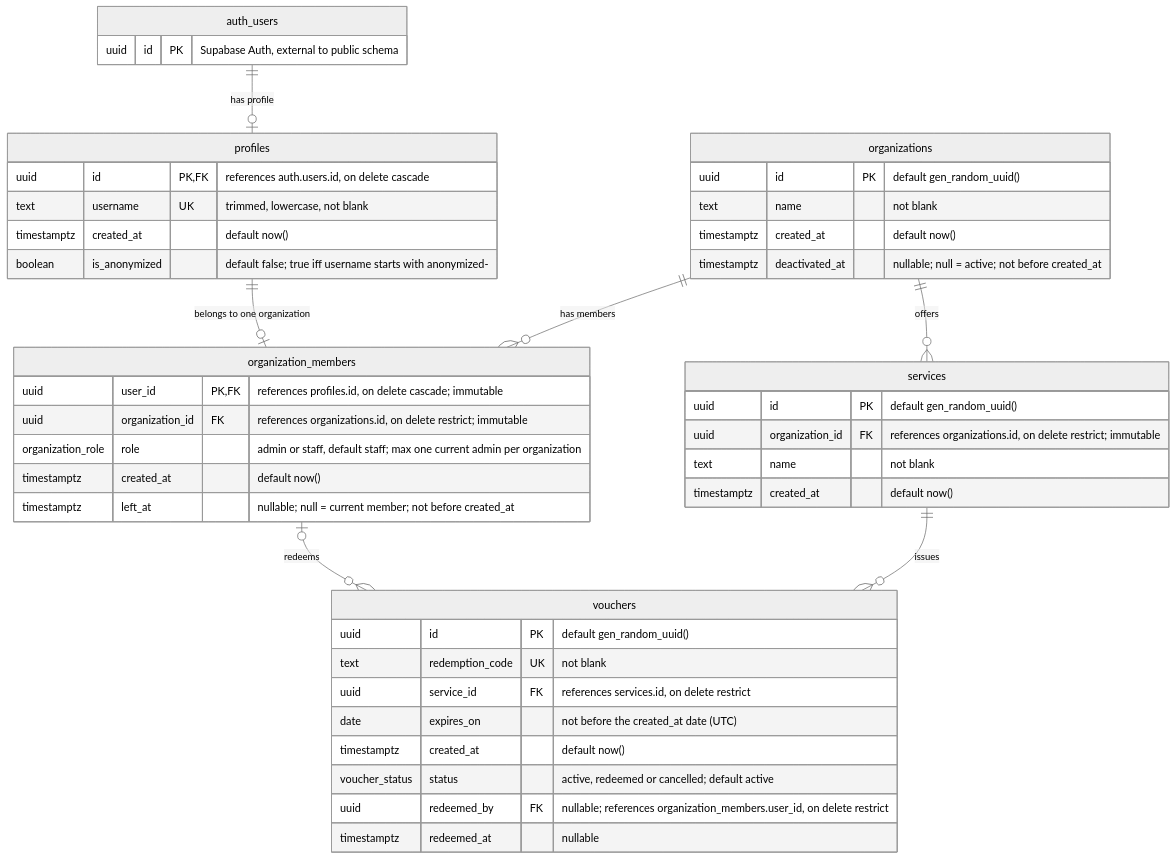
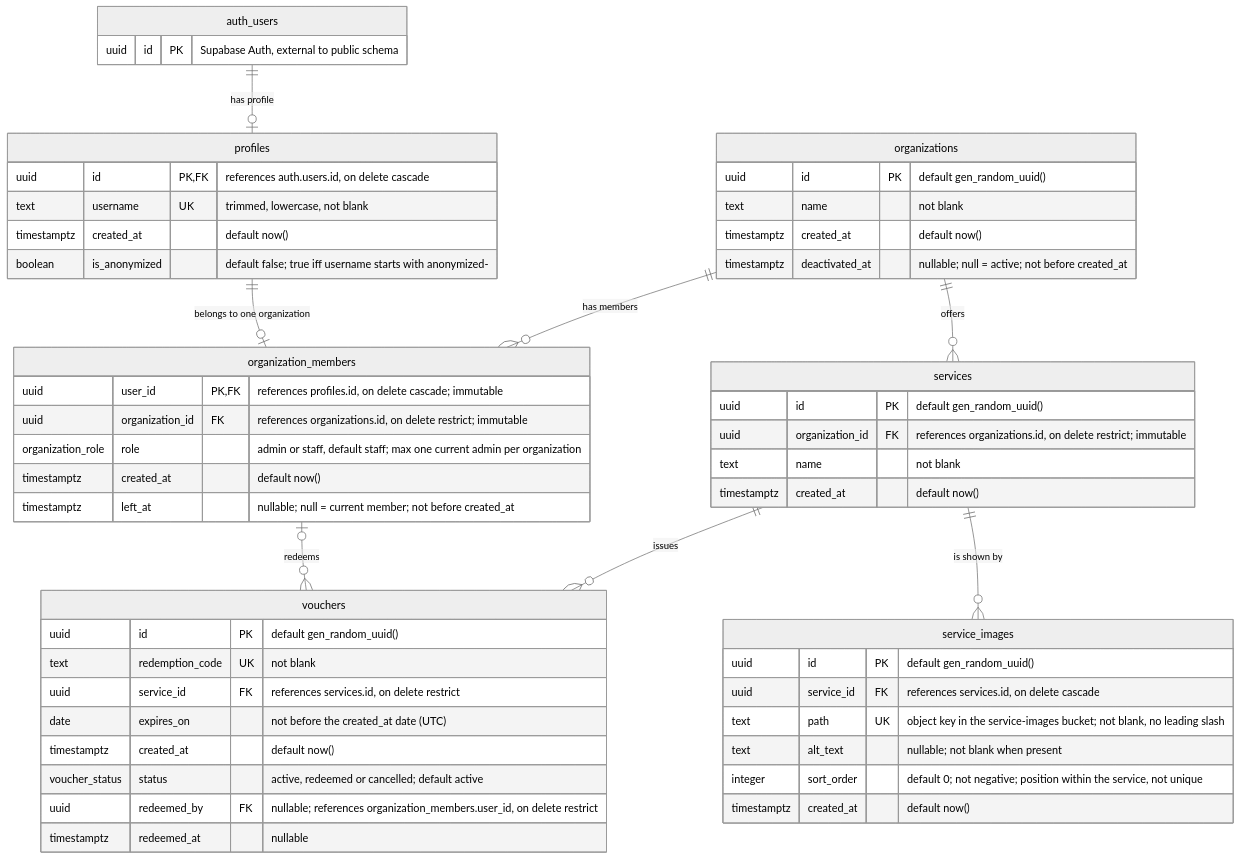
The diagram in docs/ERD.md (AchoDanailov/PartnersHub), drawn with Mermaid (neutral theme) before and after one commit. The commit also changed other lines of this file and 20 other files, not shown here.

First line of the commit message:
Add service images: table, public bucket and seeded images (#7)

````diff
--- a/docs/ERD.md
+++ b/docs/ERD.md
@@ -8,53 +9,63 @@
 ```mermaid
 erDiagram
     auth_users ||--o| profiles : "has profile"
     profiles ||--o| organization_members : "belongs to one organization"
     organizations ||--o{ organization_members : "has members"
     organizations ||--o{ services : "offers"
     services ||--o{ vouchers : "issues"
+    services ||--o{ service_images : "is shown by"
     organization_members |o--o{ vouchers : "redeems"
 
     auth_users {
         uuid id PK "Supabase Auth, external to public schema"
     }
 
     profiles {
         uuid id PK, FK "references auth.users.id, on delete cascade"
         text username UK "trimmed, lowercase, not blank"
         timestamptz created_at "default now()"
         boolean is_anonymized "default false; true iff username starts with anonymized-"
     }
 
     organizations {
         uuid id PK "default gen_random_uuid()"
         text name "not blank"
         timestamptz created_at "default now()"
         timestamptz deactivated_at "nullable; null = active; not before created_at"
     }
 
     organization_members {
         uuid user_id PK, FK "references profiles.id, on delete cascade; immutable"
         uuid organization_id FK "references organizations.id, on delete restrict; immutable"
         organization_role role "admin or staff, default staff; max one current admin per organization"
         timestamptz created_at "default now()"
         timestamptz left_at "nullable; null = current member; not before created_at"
     }
 
     services {
         uuid id PK "default gen_random_uuid()"
         uuid organization_id FK "references organizations.id, on delete restrict; immutable"
         text name "not blank"
         timestamptz created_at "default now()"
     }
 
     vouchers {
         uuid id PK "default gen_random_uuid()"
         text redemption_code UK "not blank"
         uuid service_id FK "references services.id, on delete restrict"
         date expires_on "not before the created_at date (UTC)"
         timestamptz created_at "default now()"
         voucher_status status "active, redeemed or cancelled; default active"
         uuid redeemed_by FK "nullable; references organization_members.user_id, on delete restrict"
         timestamptz redeemed_at "nullable"
     }
+
+    service_images {
+        uuid id PK "default gen_random_uuid()"
+        uuid service_id FK "references services.id, on delete cascade"
+        text path UK "object key in the service-images bucket; not blank, no leading slash"
+        text alt_text "nullable; not blank when present"
+        integer sort_order "default 0; not negative; position within the service, not unique"
+        timestamptz created_at "default now()"
+    }
 ```
````
